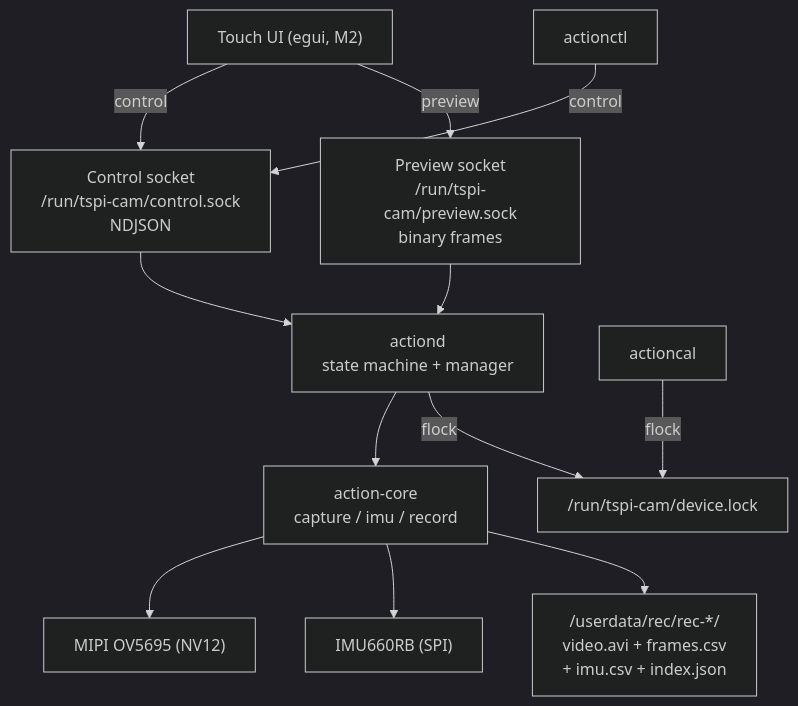
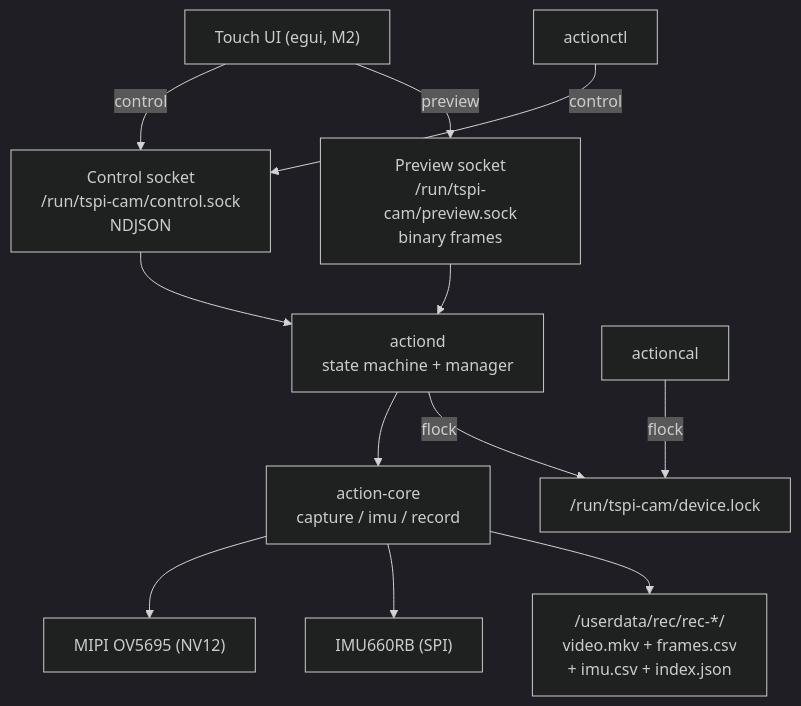
One commit to K12231217/tspi-cam changed the first of 4 diagrams in docs/architecture.md. Above: the diagram before and after it, drawn with Mermaid (dark theme). The commit also changed other lines of this file and 4 other files, not shown here.

````diff
--- a/docs/architecture.md
+++ b/docs/architecture.md
@@ -72,14 +75,14 @@
 ```mermaid
 flowchart TB
     Touch["Touch UI (egui, M2)"] -->|control| IPC1["Control socket\n/run/tspi-cam/control.sock\nNDJSON"]
     CLI["actionctl"] -->|control| IPC1
     IPC1 --> Actiond["actiond\nstate machine + manager"]
     Touch -->|preview| IPC2["Preview socket\n/run/tspi-cam/preview.sock\nbinary frames"]
     IPC2 --> Actiond
     Actiond --> Core["action-core\ncapture / imu / record"]
     Core --> Cam["MIPI OV5695 (NV12)"]
     Core --> IMU["IMU660RB (SPI)"]
-    Core --> Files["/userdata/rec/rec-*/\nvideo.avi + frames.csv\n+ imu.csv + index.json"]
+    Core --> Files["/userdata/rec/rec-*/\nvideo.mkv + frames.csv\n+ imu.csv + index.json"]
     Cal["actioncal"] -->|flock| Lock["/run/tspi-cam/device.lock"]
     Actiond -->|flock| Lock
 ```
````
